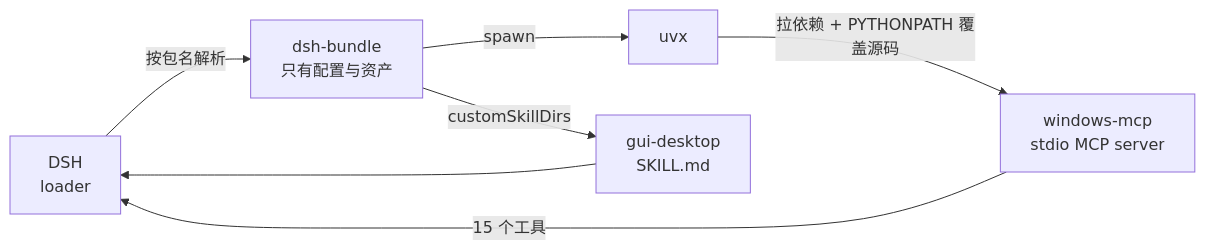
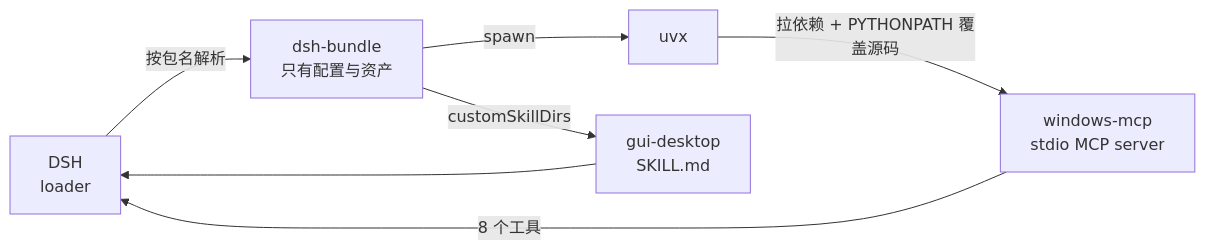
One commit to forkgo430/dsh-gui-forkgo changed the diagram in README.md. Above: the diagram before and after it, drawn with Mermaid. The commit also changed other lines of this file and 17 other files, not shown here.

````diff
--- a/README.md
+++ b/README.md
@@ -138,9 +165,9 @@
 ```mermaid
 flowchart LR
     A["DSH<br/>loader"] -->|按包名解析| B["dsh-bundle<br/>只有配置与资产"]
     B -->|spawn| C["uvx"]
     C -->|拉依赖 + PYTHONPATH 覆盖源码| D["windows-mcp<br/>stdio MCP server"]
-    D -->|15 个工具| A
+    D -->|8 个工具| A
     B -->|customSkillDirs| E["gui-desktop<br/>SKILL.md"]
     E --> A
 ```
````
